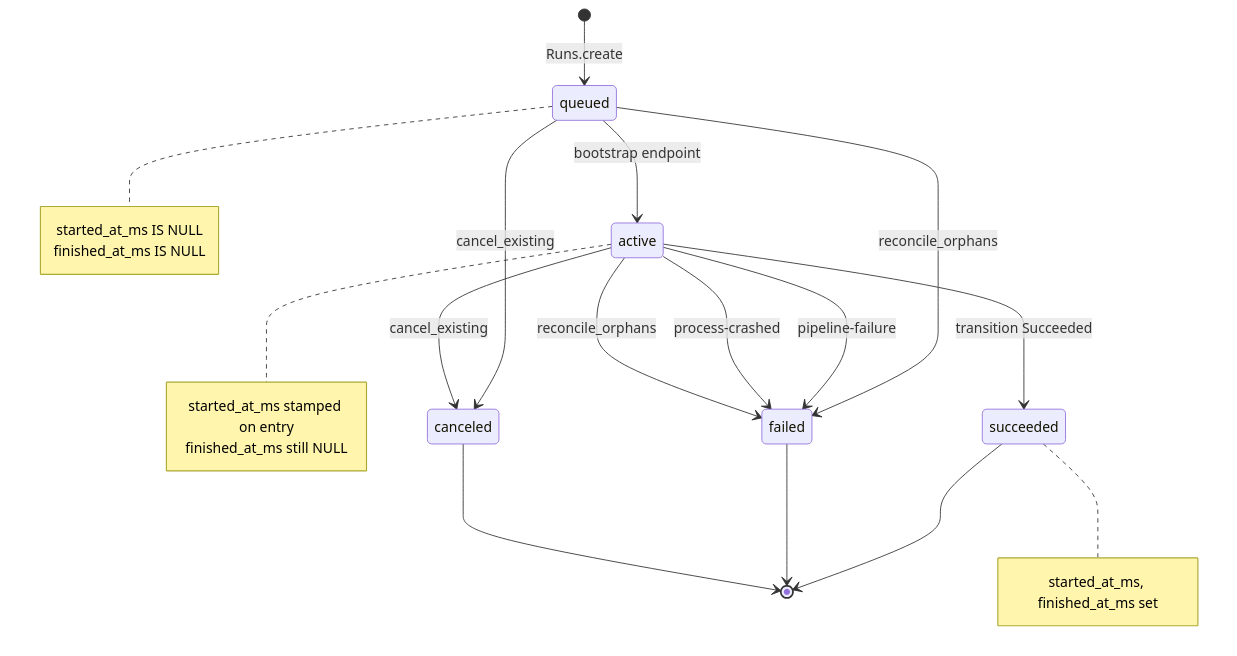
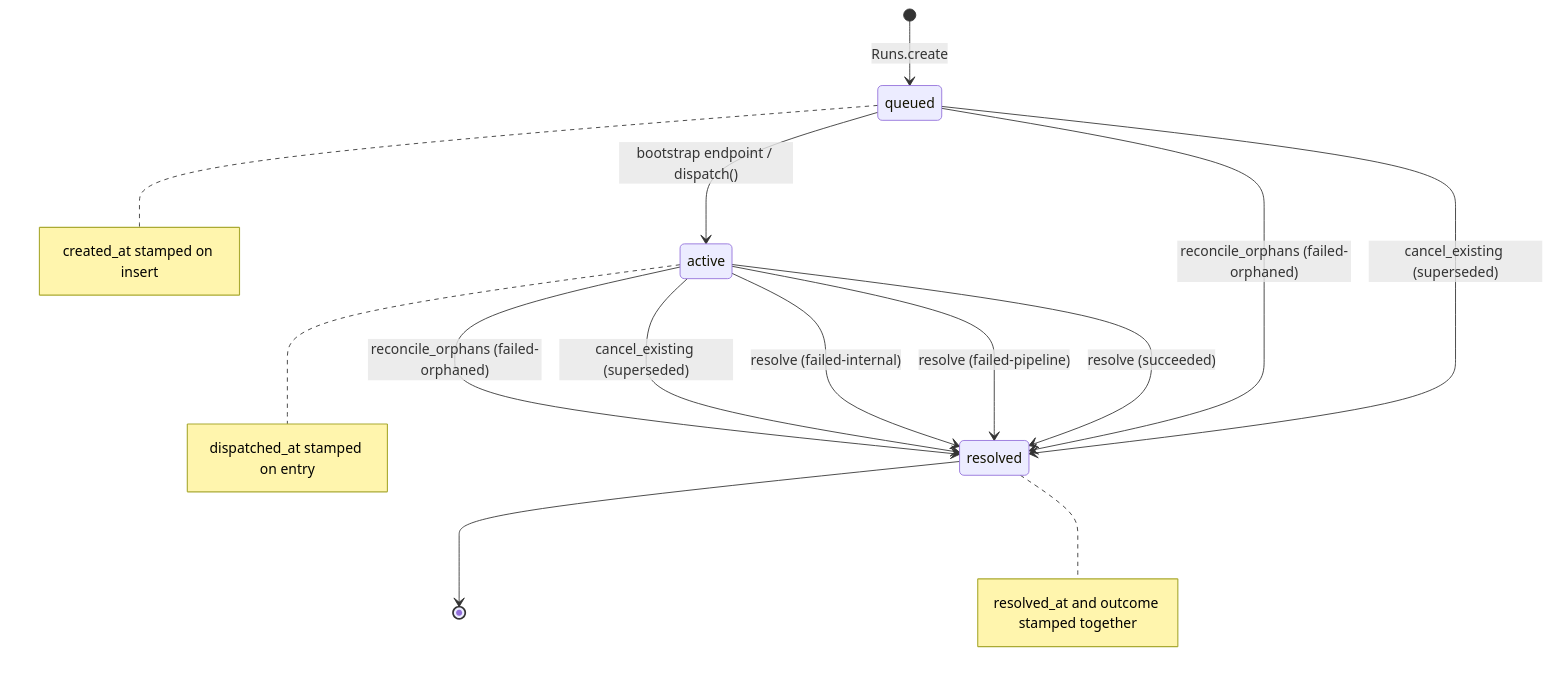
One commit to kejadlen/quire changed the first of 4 diagrams in docs/CI-STATE.md. Above: the diagram before and after it, drawn with Mermaid. The commit also changed other lines of this file and 13 other files, not shown here.

````diff
--- a/docs/CI-STATE.md
+++ b/docs/CI-STATE.md
@@ -16,32 +24,28 @@
 ```mermaid
 stateDiagram-v2
     [*] --> queued : Runs.create
 
-    queued  --> active    : bootstrap endpoint
-    queued  --> canceled  : cancel_existing
-    queued  --> failed    : reconcile_orphans
+    queued  --> active   : bootstrap endpoint / dispatch()
+    queued  --> resolved : cancel_existing (superseded)
+    queued  --> resolved : reconcile_orphans (failed-orphaned)
 
-    active  --> succeeded : transition Succeeded
-    active  --> failed    : pipeline-failure
-    active  --> failed    : process-crashed
-    active  --> canceled  : cancel_existing
-    active  --> failed    : reconcile_orphans
+    active  --> resolved : resolve (succeeded)
+    active  --> resolved : resolve (failed-pipeline)
+    active  --> resolved : resolve (failed-internal)
+    active  --> resolved : cancel_existing (superseded)
+    active  --> resolved : reconcile_orphans (failed-orphaned)
 
-    succeeded --> [*]
-    failed    --> [*]
-    canceled  --> [*]
+    resolved --> [*]
 
     note right of queued
-      started_at_ms  IS NULL
-      finished_at_ms IS NULL
+      created_at stamped on insert
     end note
 
     note right of active
-      started_at_ms stamped on entry
-      finished_at_ms still NULL
+      dispatched_at stamped on entry
     end note
 
-    note right of succeeded
-      started_at_ms, finished_at_ms set
+    note right of resolved
+      resolved_at and outcome stamped together
     end note
 ```
````
